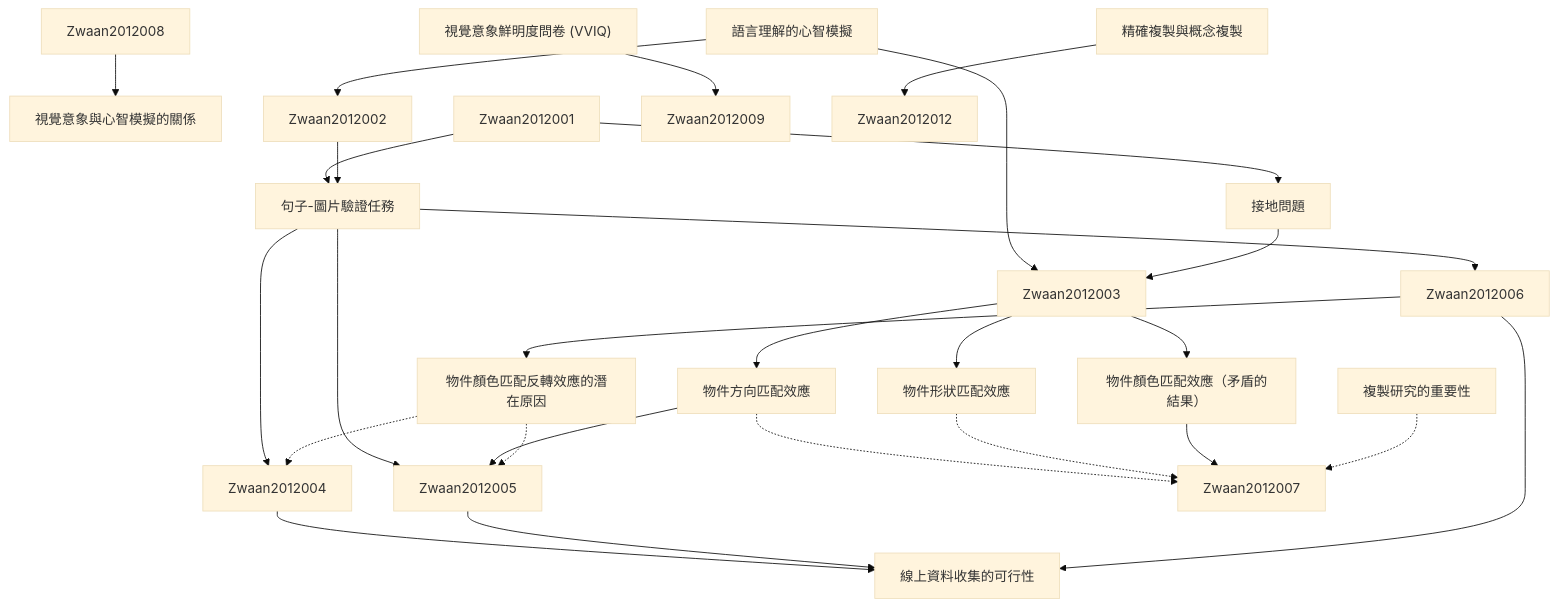
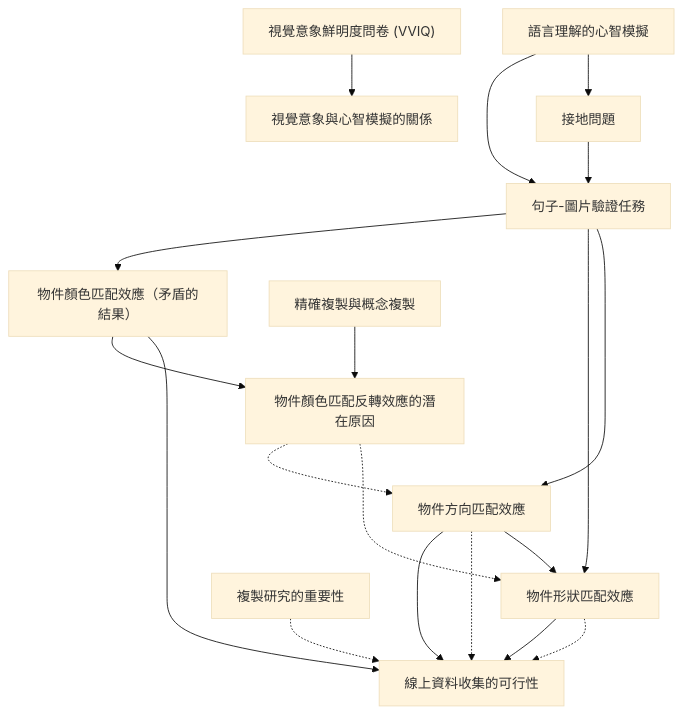
The diagram in output/zettelkasten_notes/zettel_Zwaan-2012_20251104/zettel_index.md (SCgeeker/Claude_Journal_Club_Agents), drawn with Mermaid (base theme) before and after one commit. The commit also changed 776 other files, not shown here.

````diff
--- a/output/zettelkasten_notes/zettel_Zwaan-2012_20251104/zettel_index.md
+++ b/output/zettelkasten_notes/zettel_Zwaan-2012_20251104/zettel_index.md
@@ -92,80 +92,70 @@
 ```mermaid
 graph TD
 
     Zwaan-2012-001["語言理解的心智模擬"]
 
     Zwaan-2012-002["接地問題"]
 
     Zwaan-2012-003["句子-圖片驗證任務"]
 
     Zwaan-2012-004["物件方向匹配效應"]
 
     Zwaan-2012-005["物件形狀匹配效應"]
 
     Zwaan-2012-006["物件顏色匹配效應（矛盾的結果）"]
 
     Zwaan-2012-007["線上資料收集的可行性"]
 
     Zwaan-2012-008["視覺意象鮮明度問卷 (VVIQ)"]
 
     Zwaan-2012-009["視覺意象與心智模擬的關係"]
 
     Zwaan-2012-010["複製研究的重要性"]
 
     Zwaan-2012-011["精確複製與概念複製"]
 
     Zwaan-2012-012["物件顏色匹配反轉效應的潛在原因"]
 
-    Zwaan-2012-001 --> Zwaan2012002
+    Zwaan-2012-001 --> Zwaan-2012-002
 
-    Zwaan-2012-001 --> Zwaan2012003
+    Zwaan-2012-001 --> Zwaan-2012-003
 
-    Zwaan2012001 --> Zwaan-2012-002
 
-    Zwaan-2012-002 --> Zwaan2012003
+    Zwaan-2012-002 --> Zwaan-2012-003
 
-    Zwaan2012001 --> Zwaan-2012-003
+    Zwaan-2012-003 --> Zwaan-2012-004
 
-    Zwaan2012002 --> Zwaan-2012-003
+    Zwaan-2012-003 --> Zwaan-2012-005
 
-    Zwaan-2012-003 --> Zwaan2012004
+    Zwaan-2012-003 --> Zwaan-2012-006
 
-    Zwaan-2012-003 --> Zwaan2012005
 
-    Zwaan-2012-003 --> Zwaan2012006
+    Zwaan-2012-004 --> Zwaan-2012-005
 
-    Zwaan2012003 --> Zwaan-2012-004
+    Zwaan-2012-004 -.-> Zwaan-2012-007
 
-    Zwaan-2012-004 --> Zwaan2012005
 
-    Zwaan-2012-004 -.-> Zwaan2012007
+    Zwaan-2012-005 -.-> Zwaan-2012-007
 
-    Zwaan2012003 --> Zwaan-2012-005
 
-    Zwaan-2012-005 -.-> Zwaan2012007
+    Zwaan-2012-006 --> Zwaan-2012-007
 
-    Zwaan2012003 --> Zwaan-2012-006
+    Zwaan-2012-004 --> Zwaan-2012-007
 
-    Zwaan-2012-006 --> Zwaan2012007
+    Zwaan-2012-005 --> Zwaan-2012-007
 
-    Zwaan2012004 --> Zwaan-2012-007
 
-    Zwaan2012005 --> Zwaan-2012-007
+    Zwaan-2012-008 --> Zwaan-2012-009
 
-    Zwaan2012006 --> Zwaan-2012-007
 
-    Zwaan-2012-008 --> Zwaan2012009
+    Zwaan-2012-010 -.-> Zwaan-2012-007
 
-    Zwaan2012008 --> Zwaan-2012-009
+    Zwaan-2012-011 --> Zwaan-2012-012
 
-    Zwaan-2012-010 -.-> Zwaan2012007
+    Zwaan-2012-006 --> Zwaan-2012-012
 
-    Zwaan-2012-011 --> Zwaan2012012
+    Zwaan-2012-012 -.-> Zwaan-2012-005
 
-    Zwaan2012006 --> Zwaan-2012-012
-
-    Zwaan-2012-012 -.-> Zwaan2012005
-
-    Zwaan-2012-012 -.-> Zwaan2012004
+    Zwaan-2012-012 -.-> Zwaan-2012-004
 
 ```
````
